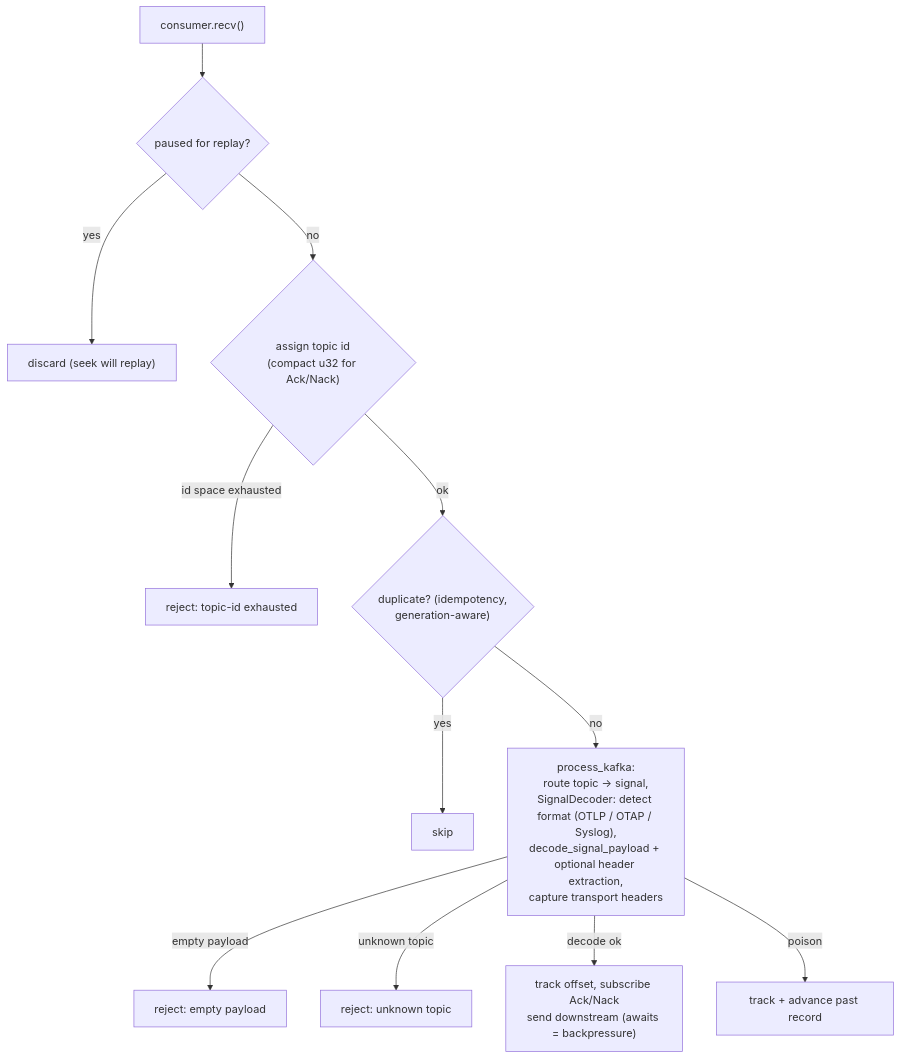
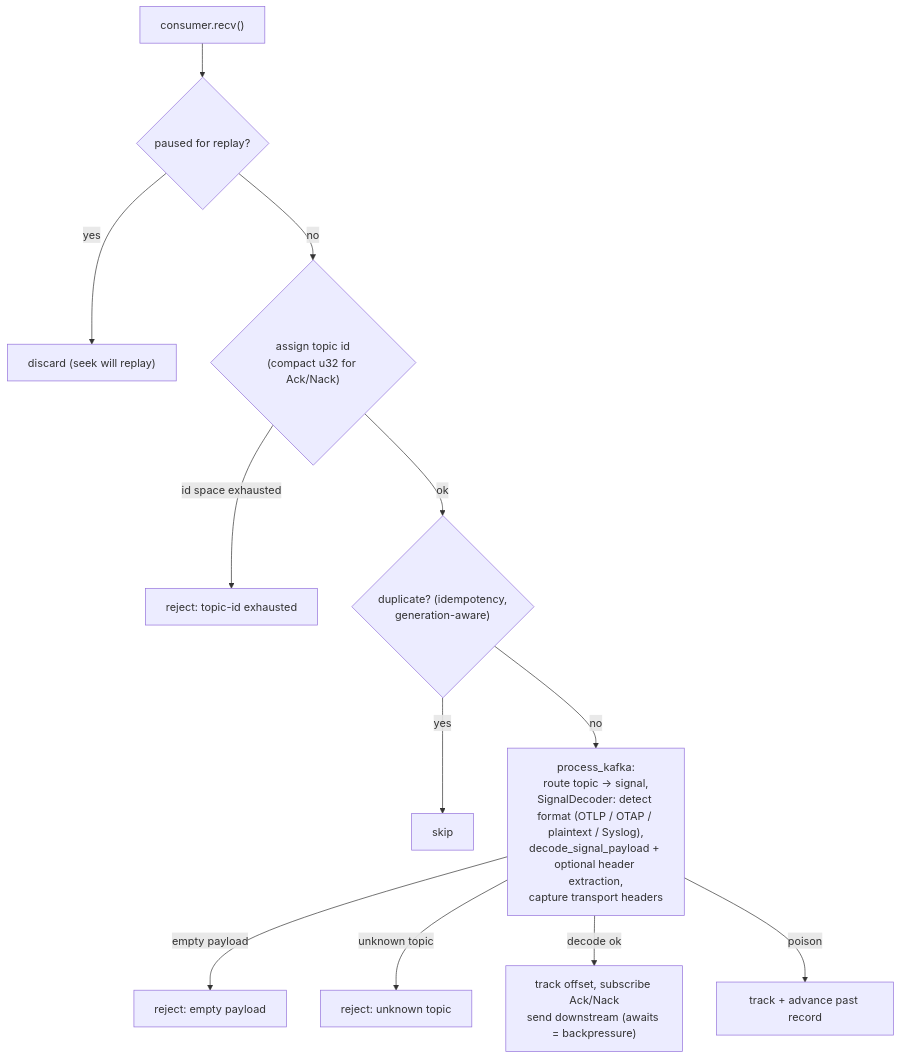
The second of 5 diagrams in rust/otap-dataflow/crates/contrib-nodes/src/receivers/kafka_receiver/ARCHITECTURE.md (open-telemetry/otel-arrow), drawn with Mermaid before and after one commit. The commit also changed other lines of this file and 14 other files, not shown here.

Commit message:
Add plaintext encoding to Kafka Receiver.

````diff
--- a/rust/otap-dataflow/crates/contrib-nodes/src/receivers/kafka_receiver/ARCHITECTURE.md
+++ b/rust/otap-dataflow/crates/contrib-nodes/src/receivers/kafka_receiver/ARCHITECTURE.md
@@ -180,14 +182,14 @@
 ```mermaid
 flowchart TD
     R["consumer.recv()"] --> P{"paused for replay?"}
     P -->|yes| DROP["discard (seek will replay)"]
     P -->|no| TID{"assign topic id<br/>(compact u32 for Ack/Nack)"}
     TID -->|id space exhausted| REJX["reject: topic-id exhausted"]
     TID -->|ok| DUP{"duplicate? (idempotency,<br/>generation-aware)"}
     DUP -->|yes| SKIP["skip"]
-    DUP -->|no| PROC["process_kafka:<br/>route topic -> signal,<br/>SignalDecoder: detect format (OTLP / OTAP / Syslog),<br/>decode_signal_payload + optional header extraction,<br/>capture transport headers"]
+    DUP -->|no| PROC["process_kafka:<br/>route topic -> signal,<br/>SignalDecoder: detect format (OTLP / OTAP / plaintext / Syslog),<br/>decode_signal_payload + optional header extraction,<br/>capture transport headers"]
     PROC -->|empty payload| REJE["reject: empty payload"]
     PROC -->|unknown topic| REJU["reject: unknown topic"]
     PROC -->|decode ok| SEND["track offset, subscribe Ack/Nack<br/>send downstream (awaits = backpressure)"]
     PROC -->|poison| ADV["track + advance past record"]
 ```
````
